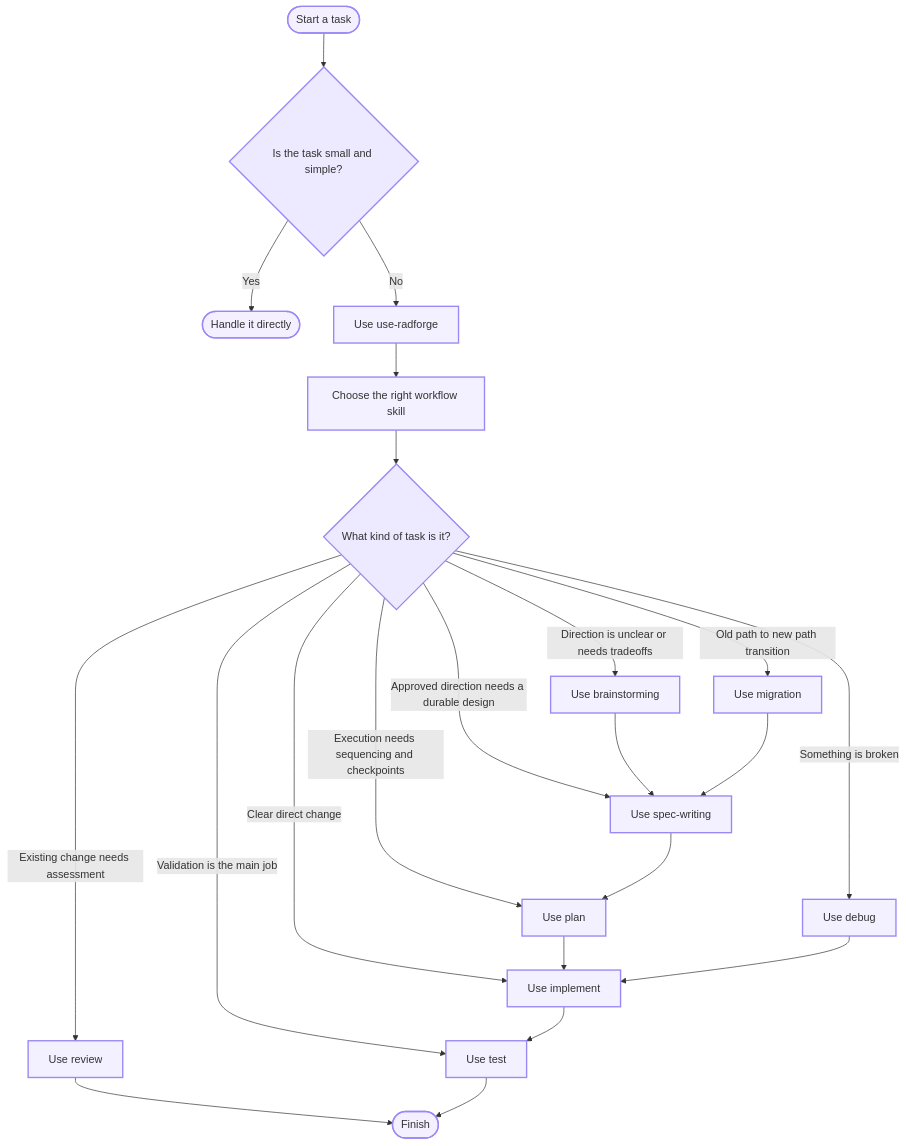
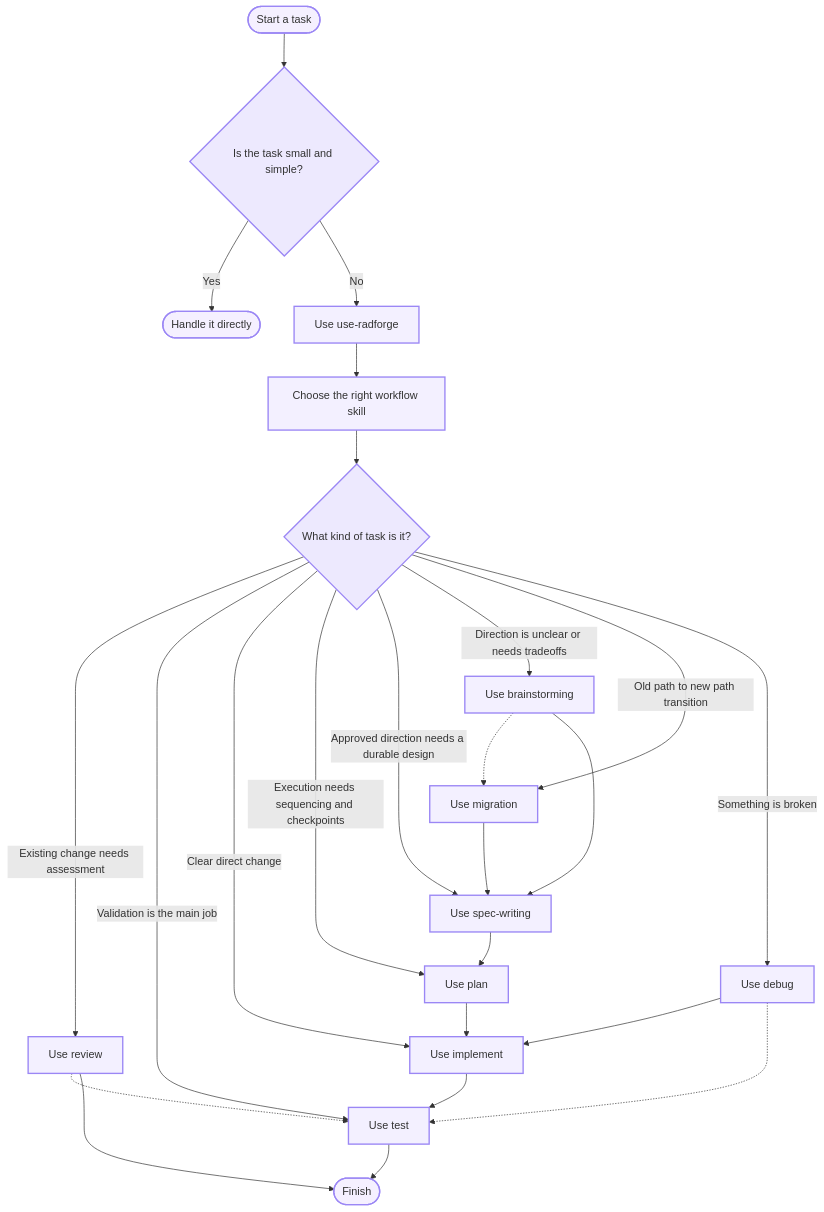
Before and after one commit to tangthiendat/radforge: the diagram in README.md, drawn with Mermaid. The commit also changed other lines of this file and 5 other files, not shown here.

````diff
--- a/README.md
+++ b/README.md
@@ -196,37 +200,40 @@
 ```mermaid
 flowchart TD
     A([Start a task]) --> B{Is the task small and simple?}
 
     B -- Yes --> C([Handle it directly])
     B -- No --> D[Use use-radforge]
 
     D --> E[Choose the right workflow skill]
     E --> F{What kind of task is it?}
 
     F -->|Existing change needs assessment| R[Use review]
     F -->|Validation is the main job| T[Use test]
     F -->|Clear direct change| I[Use implement]
     F -->|Execution needs sequencing and checkpoints| P[Use plan]
     F -->|Approved direction needs a durable design| S[Use spec-writing]
     F -->|Direction is unclear or needs tradeoffs| BRAIN[Use brainstorming]
     F -->|Old path to new path transition| M[Use migration]
     F -->|Something is broken| DBUG[Use debug]
 
+    BRAIN -.-> M
     BRAIN --> S
     M --> S
     S --> P
     P --> I
     DBUG --> I
+    DBUG -.-> T
     I --> T
 
+    R -.-> T
     R --> Z([Finish])
     T --> Z
 
     classDef start fill:#f5f0ff,stroke:#9b87f5,stroke-width:2px,color:#333;
     classDef decision fill:#ede9fe,stroke:#9b87f5,stroke-width:2px,color:#333;
     classDef action fill:#f3f0ff,stroke:#9b87f5,stroke-width:2px,color:#333;
 
     class A,Z,C start;
     class B,F decision;
     class D,E,R,T,I,P,S,BRAIN,M,DBUG action;
 ```
````
